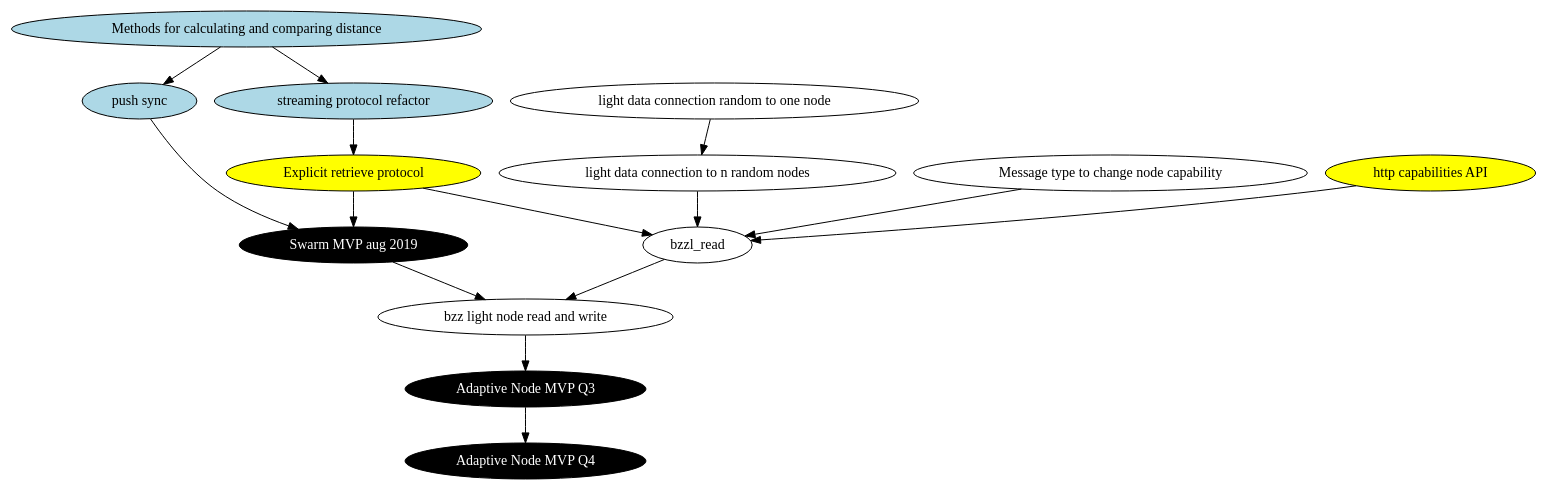
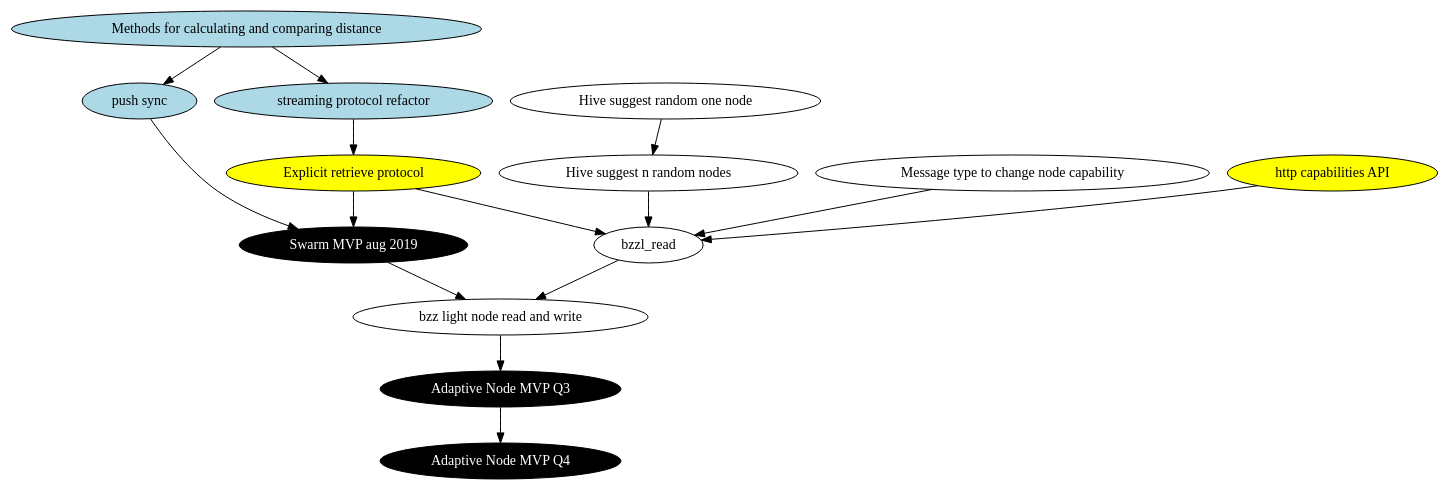
The diagram in bzzdep.dot (nolash/swarm-adaptive-node), drawn with Graphviz before and after one commit. The commit also changed 1 other file, not shown here.

Commit message:
Explicit hive role in light connect bzz

```diff
--- a/bzzdep.dot
+++ b/bzzdep.dot
@@ -1,25 +1,25 @@
 digraph {
 	distance_core [label="Methods for calculating and comparing distance",style="filled",fillcolor="lightblue"]
 	streaming_proto [label="streaming protocol refactor",style="filled",fillcolor="lightblue"]
 	retrieve_proto [label="Explicit retrieve protocol",style="filled",fillcolor="yellow"]
 	pushsync [label="push sync",style="filled",fillcolor="lightblue"]
 	bzzl_readwrite [label="bzz light node read and write"]
-	hive_random_simple [label="light data connection random to one node"]
-	hive_random_redundant [label="light data connection to n random nodes"]
+	hive_random_simple [label="Hive suggest random one node"]
+	hive_random_redundant [label="Hive suggest n random nodes"]
 	discovery_caps [label="Message type to change node capability"]
 	httpcaps [label="http capabilities API",style="filled",fillcolor="yellow"]
 
 	mvp_aug [label="Swarm MVP aug 2019",style="filled",fillcolor="black",fontcolor="white"]
 	mvp_q3 [label="Adaptive Node MVP Q3",style="filled",fillcolor="black",fontcolor="white"]
 	mvp_q4 [label="Adaptive Node MVP Q4",style="filled",fillcolor="black",fontcolor="white"]
 
 
 	distance_core -> streaming_proto -> retrieve_proto -> mvp_aug
 	distance_core -> pushsync -> mvp_aug
 	retrieve_proto -> bzzl_read
 	hive_random_simple -> hive_random_redundant -> bzzl_read -> bzzl_readwrite
 	discovery_caps -> bzzl_read
 	httpcaps -> bzzl_read
 
 	mvp_aug -> bzzl_readwrite -> mvp_q3 -> mvp_q4
 }
```
